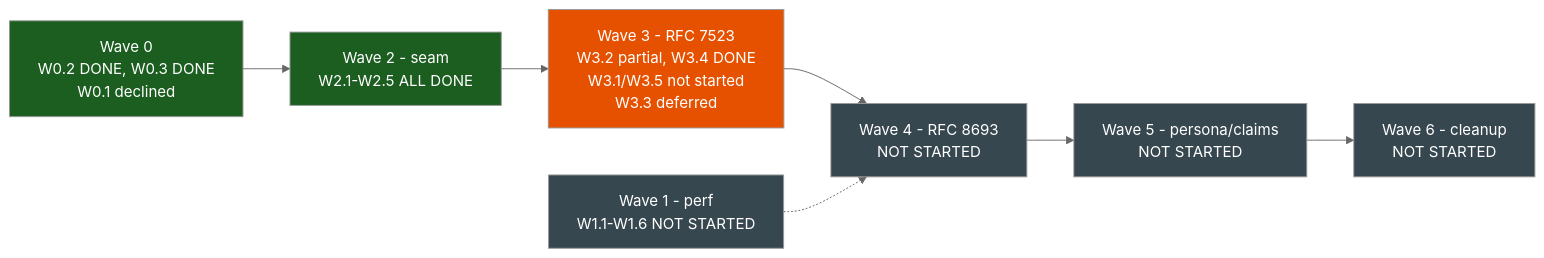
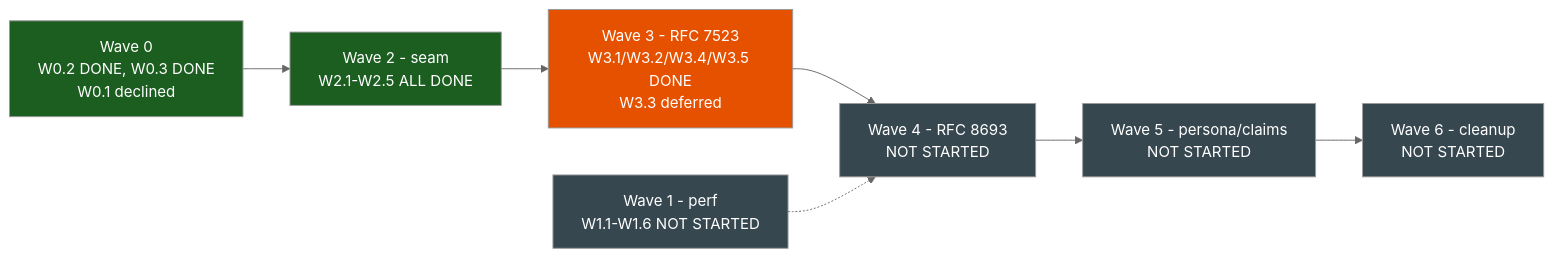
The fourth of 5 diagrams in docs/auth/WIF_END_TO_END_PROOF_AND_AUTH_METHOD_REFERENCE.md (pranems/SCIMServer), drawn with Mermaid (neutral theme) before and after one commit. The commit also changed other lines of this file and 55 other files, not shown here.

````diff
--- a/docs/auth/WIF_END_TO_END_PROOF_AND_AUTH_METHOD_REFERENCE.md
+++ b/docs/auth/WIF_END_TO_END_PROOF_AND_AUTH_METHOD_REFERENCE.md
@@ -838,15 +838,15 @@
 ```mermaid
 flowchart LR
     W0["Wave 0<br/>W0.2 DONE, W0.3 DONE<br/>W0.1 declined"]:::done
     W1["Wave 1 - perf<br/>W1.1-W1.6 NOT STARTED"]:::todo
     W2["Wave 2 - seam<br/>W2.1-W2.5 ALL DONE"]:::done
-    W3["Wave 3 - RFC 7523<br/>W3.2 partial, W3.4 DONE<br/>W3.1/W3.5 not started<br/>W3.3 deferred"]:::part
+    W3["Wave 3 - RFC 7523<br/>W3.1/W3.2/W3.4/W3.5 DONE<br/>W3.3 deferred"]:::part
     W4["Wave 4 - RFC 8693<br/>NOT STARTED"]:::todo
     W5["Wave 5 - persona/claims<br/>NOT STARTED"]:::todo
     W6["Wave 6 - cleanup<br/>NOT STARTED"]:::todo
     W0 --> W2 --> W3 --> W4 --> W5 --> W6
     W1 -.-> W4
     classDef done fill:#1b5e20,color:#fff
     classDef part fill:#e65100,color:#fff
     classDef todo fill:#37474f,color:#fff
 ```
````
